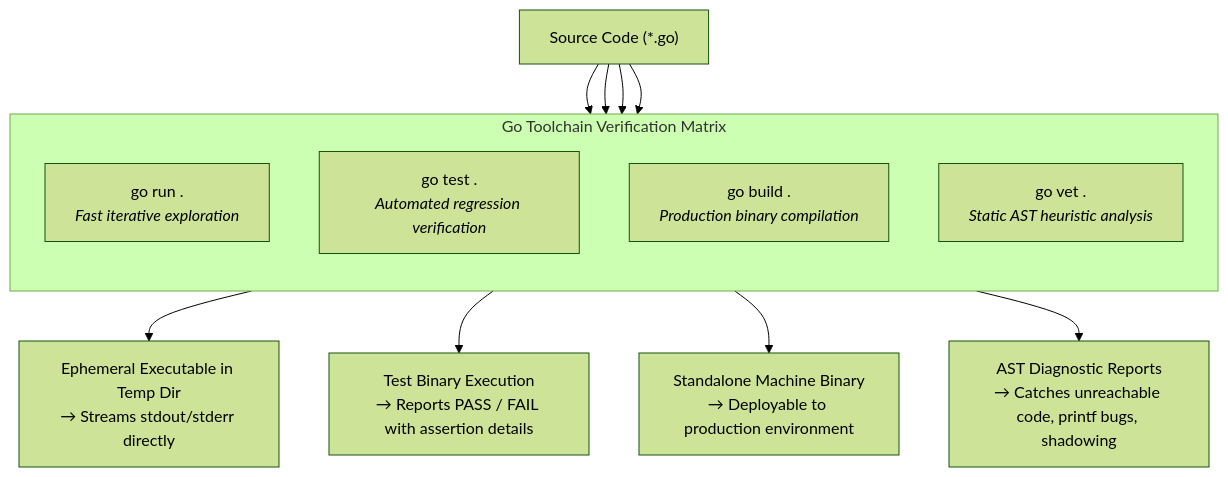
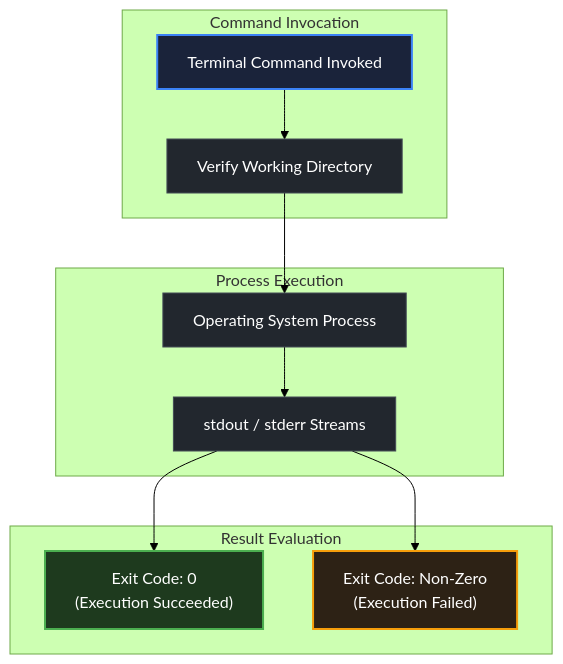
One commit to swe-labs/the-go-engineer changed the diagram in curriculum/modules/00-orientation/lessons/04-how-to-run-code-in-this-repository/README.md. Above: the diagram before and after it, drawn with Mermaid (forest theme). The commit also changed other lines of this file and 42 other files, not shown here.

````diff
--- a/curriculum/modules/00-orientation/lessons/04-how-to-run-code-in-this-repository/README.md
+++ b/curriculum/modules/00-orientation/lessons/04-how-to-run-code-in-this-repository/README.md
@@ -37,26 +34,27 @@
 ```mermaid
 flowchart TD
     classDef frontDoor fill:#1a233a,stroke:#3b82f6,stroke-width:2px,color:#ffffff;
     classDef exitGate fill:#1e3a1e,stroke:#4caf50,stroke-width:2px,color:#ffffff;
     classDef standardNode fill:#22272e,stroke:#444c56,stroke-width:1px,color:#ffffff;
     classDef capstoneNode fill:#2d2215,stroke:#f59e0b,stroke-width:2px,color:#ffffff;
-    SRC["Source Code (*.go)"]
 
-    subgraph Commands ["Go Toolchain Verification Matrix"]
-        direction TB
-        R["go run .<br/><i>Fast iterative exploration</i>"]
-        T["go test .<br/><i>Automated regression verification</i>"]
-        B["go build .<br/><i>Production binary compilation</i>"]
-        V["go vet .<br/><i>Static AST heuristic analysis</i>"]
+    subgraph ShellInvoker ["Command Invocation"]
+        CMD["Terminal Command Invoked"]:::frontDoor
+        WD["Verify Working Directory"]:::standardNode
+        CMD --> WD
     end
 
-    SRC --> R
-    SRC --> T
-    SRC --> B
-    SRC --> V
+    subgraph OSProcess ["Process Execution"]
+        PROC["Operating System Process"]:::standardNode
+        OUT["stdout / stderr Streams"]:::standardNode
+        WD --> PROC
+        PROC --> OUT
+    end
 
-    R --> OUT1["Ephemeral Executable in Temp Dir<br/>→ Streams stdout/stderr directly"]
-    T --> OUT2["Test Binary Execution<br/>→ Reports PASS / FAIL with assertion details"]
-    B --> OUT3["Standalone Machine Binary<br/>→ Deployable to production environment"]
-    V --> OUT4["AST Diagnostic Reports<br/>→ Catches unreachable code, printf bugs, shadowing"]
+    subgraph ExitEvaluation ["Result Evaluation"]
+        EC0["Exit Code: 0<br/>(Execution Succeeded)"]:::exitGate
+        EC1["Exit Code: Non-Zero<br/>(Execution Failed)"]:::capstoneNode
+        OUT --> EC0
+        OUT --> EC1
+    end
 ```
````
